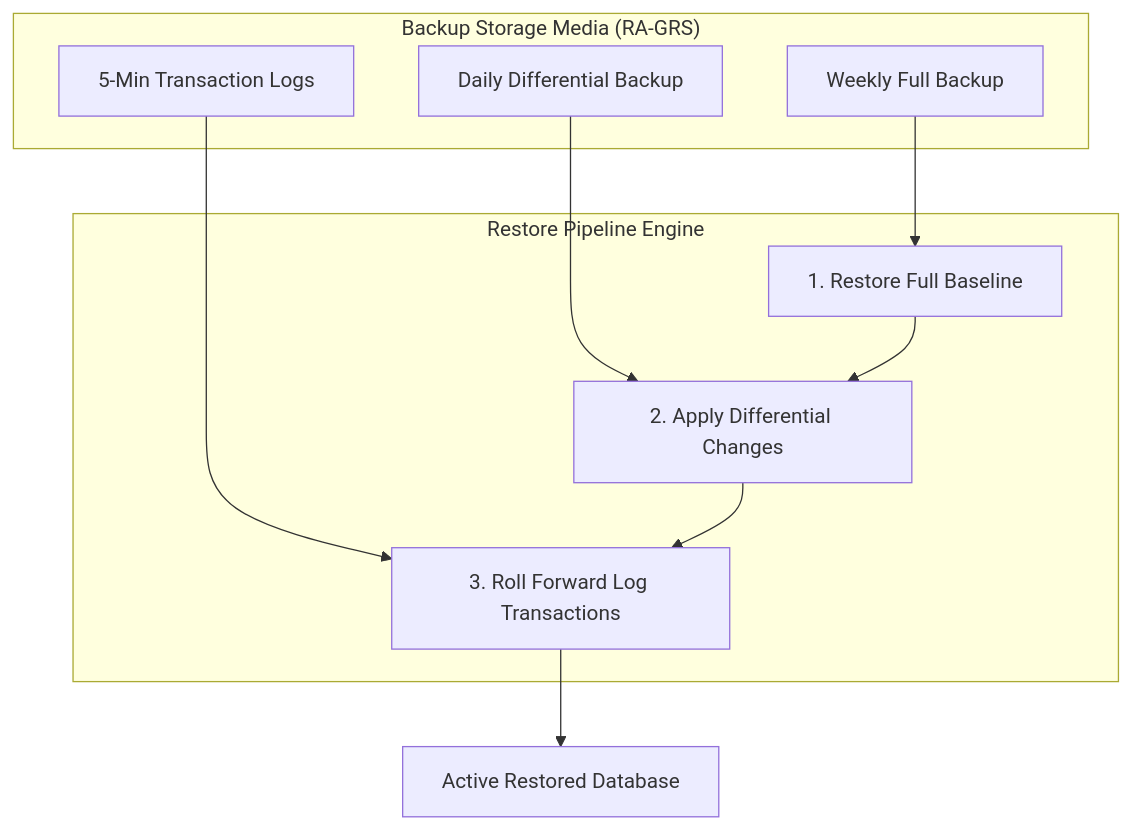
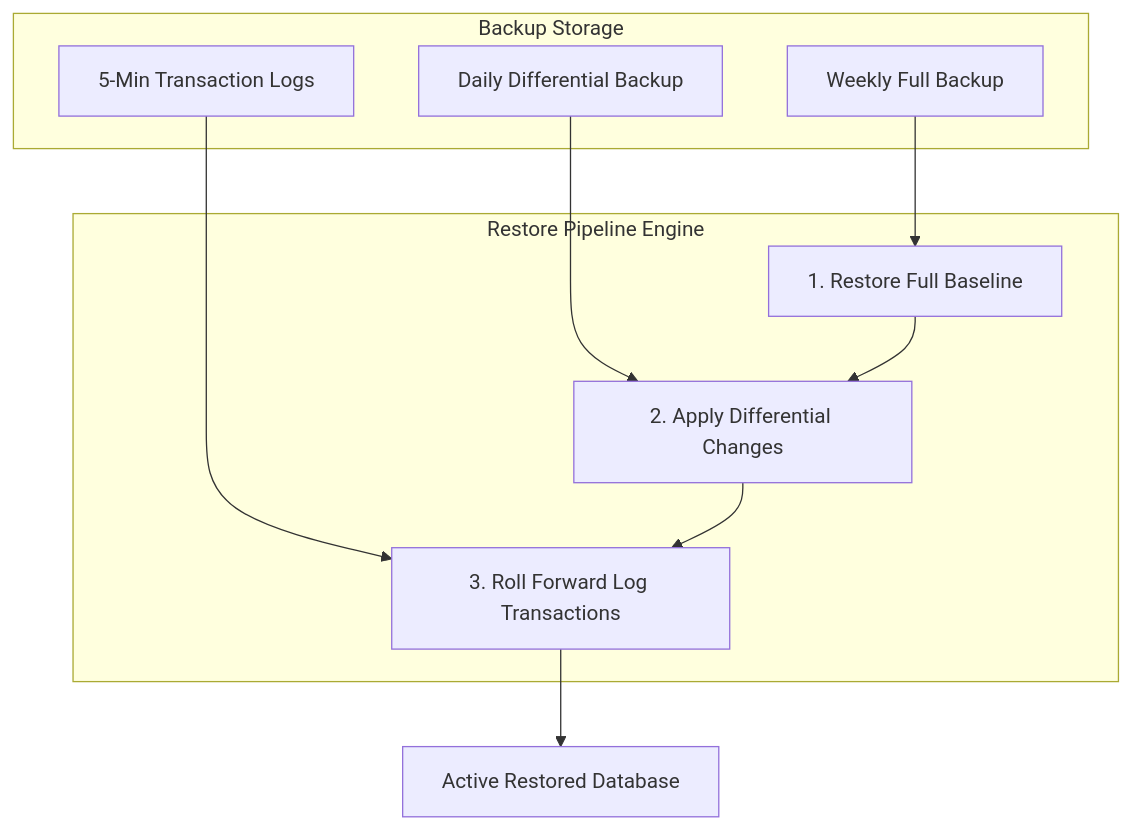
Before and after one commit to senlinyy/dev-roadmaps: the third of 3 diagrams in cloud-providers/azure/storage-databases/azure-sql-database.md, drawn with Mermaid. The commit also changed other lines of this file and 530 other files, not shown here.

````diff
--- a/cloud-providers/azure/storage-databases/azure-sql-database.md
+++ b/cloud-providers/azure/storage-databases/azure-sql-database.md
@@ -134,24 +168,24 @@
 ```mermaid
 flowchart TD
-    subgraph Storage["Backup Storage Media (RA-GRS)"]
+    subgraph Storage["Backup Storage"]
         Full["Weekly Full Backup"]
         Diff["Daily Differential Backup"]
         Logs["5-Min Transaction Logs"]
     end
 
     subgraph Process["Restore Pipeline Engine"]
         RestoreFull["1. Restore Full Baseline"]
         ApplyDiff["2. Apply Differential Changes"]
         RollLogs["3. Roll Forward Log Transactions"]
     end
 
     TargetDB["Active Restored Database"]
 
     Full --> RestoreFull
     Diff --> ApplyDiff
     Logs --> RollLogs
 
     RestoreFull --> ApplyDiff
     ApplyDiff --> RollLogs
     RollLogs --> TargetDB
 ```
````
